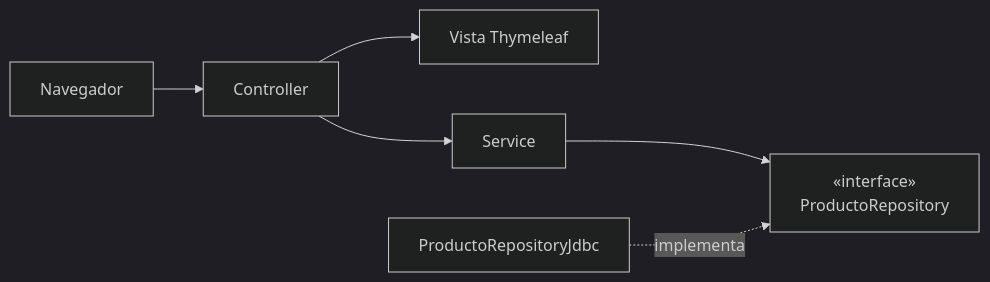
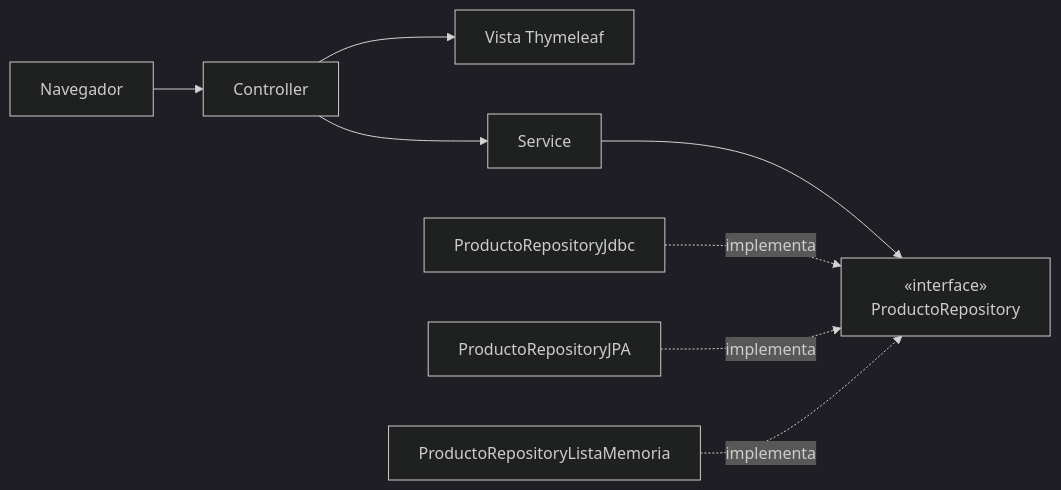
The diagram in conceptos/SOLID-y-patrones.md (profeMelola/DWES-02-2026-27), drawn with Mermaid (dark theme) before and after one commit.

````diff
--- a/conceptos/SOLID-y-patrones.md
+++ b/conceptos/SOLID-y-patrones.md
@@ -27,8 +27,10 @@
 ```mermaid
 flowchart LR
     N[Navegador] --> C[Controller]
     C --> V[Vista Thymeleaf]
     C --> S[Service]
     S --> R["«interface»<br/>ProductoRepository"]
     J[ProductoRepositoryJdbc] -.->|implementa| R
+    A[ProductoRepositoryJPA] -.->|implementa| R
+    M[ProductoRepositoryListaMemoria] -.->|implementa| R
 ```
````
